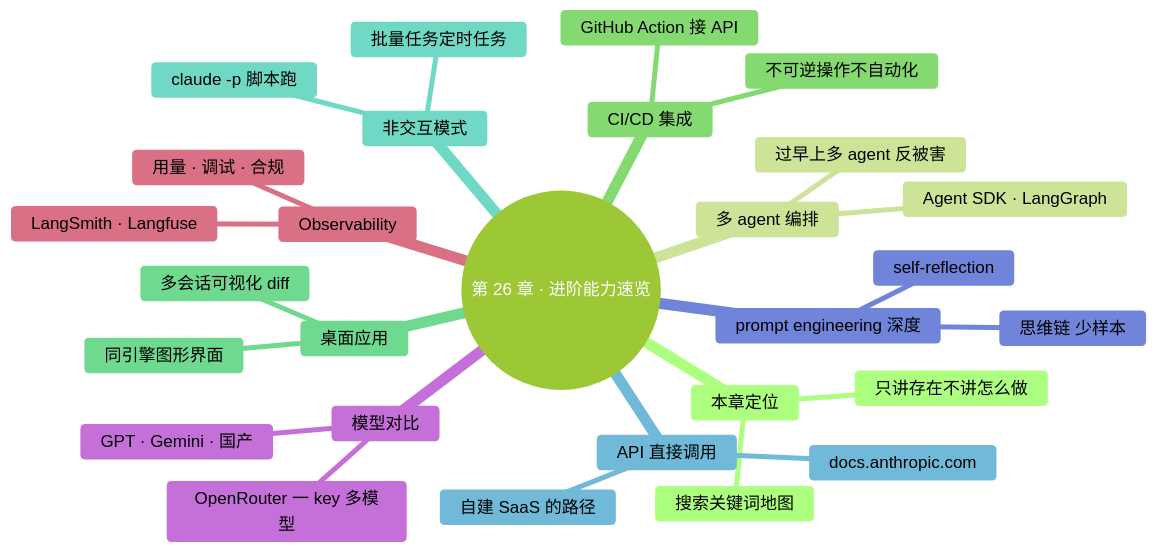
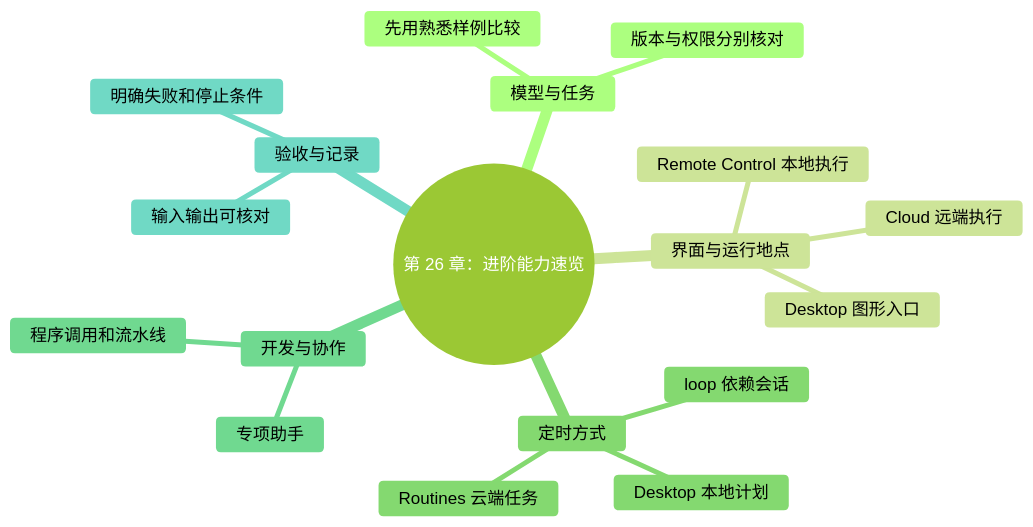
Before and after one commit to mali9527/claude-code-full-guide-for-beginners: the diagram in manuscript/part6-融入日常/26-进阶能力速览.md, drawn with Mermaid. The commit also changed other lines of this file and 130 other files, not shown here.

````diff
--- a/manuscript/part6-融入日常/26-进阶能力速览.md
+++ b/manuscript/part6-融入日常/26-进阶能力速览.md
@@ -20,39 +20,29 @@
 ```mermaid
 ---
 config:
   theme: forest
   themeVariables:
     fontFamily: "-apple-system, 'SF Pro Text', 'PingFang SC', 'Helvetica Neue', sans-serif"
     fontSize: "17px"
     lineColor: "#D9D9D9"
 ---
 mindmap
-  root((第 26 章 · 进阶能力速览))
-    本章定位
-      只讲存在不讲怎么做
-      搜索关键词地图
-    多 agent 编排
-      Agent SDK · LangGraph
-      过早上多 agent 反被害
-    CI/CD 集成
-      GitHub Action 接 API
-      不可逆操作不自动化
-    桌面应用
-      同引擎图形界面
-      多会话可视化 diff
-    非交互模式
-      claude -p 脚本跑
-      批量任务定时任务
-    API 直接调用
-      docs.anthropic.com
-      自建 SaaS 的路径
-    prompt engineering 深度
-      思维链 少样本
-      self-reflection
-    模型对比
-      GPT · Gemini · 国产
-      OpenRouter 一 key 多模型
-    Observability
-      用量 · 调试 · 合规
-      LangSmith · Langfuse
+  root((第 26 章：进阶能力速览))
+    模型与任务
+      先用熟悉样例比较
+      版本与权限分别核对
+    界面与运行地点
+      Desktop 图形入口
+      Remote Control 本地执行
+      Cloud 远端执行
+    定时方式
+      loop 依赖会话
+      Desktop 本地计划
+      Routines 云端任务
+    开发与协作
+      专项助手
+      程序调用和流水线
+    验收与记录
+      输入输出可核对
+      明确失败和停止条件
 ```
````
